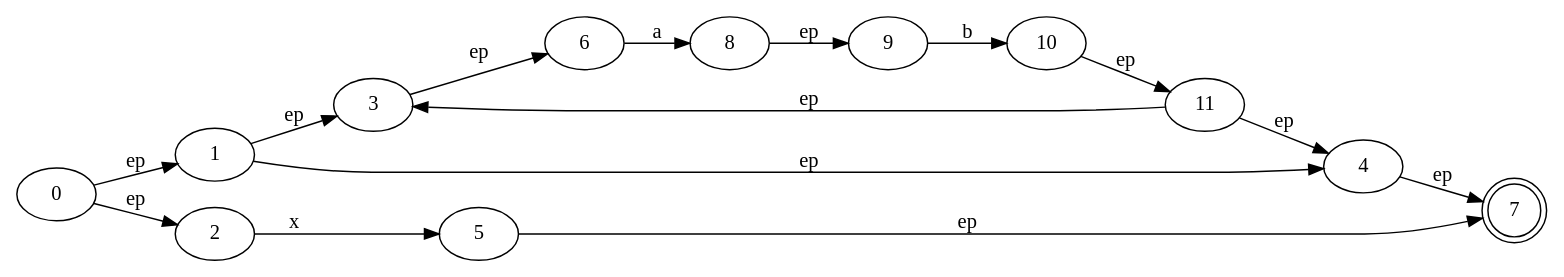
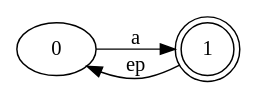
The diagram in nfa.dot (ShengRang/schepy), drawn with Graphviz before and after one commit. The commit also changed 2 other files, not shown here.

```diff
--- a/nfa.dot
+++ b/nfa.dot
@@ -1,29 +1,7 @@
 digraph regex_dfa{
 rankdir=LR;
 	0 [label=0]
-	0-> 1 [label="ep"]
-	0-> 2 [label="ep"]
-	1 [label=1]
-	1-> 3 [label="ep"]
-	1-> 4 [label="ep"]
-	2 [label=2]
-	2-> 5 [label="x"]
-	3 [label=3]
-	3-> 6 [label="ep"]
-	4 [label=4]
-	4-> 7 [label="ep"]
-	5 [label=5]
-	5-> 7 [label="ep"]
-	6 [label=6]
-	6-> 8 [label="a"]
-	 7 [label=7, shape=doublecircle]
-	8 [label=8]
-	8-> 9 [label="ep"]
-	9 [label=9]
-	9-> 10 [label="b"]
-	10 [label=10]
-	10-> 11 [label="ep"]
-	11 [label=11]
-	11-> 3 [label="ep"]
-	11-> 4 [label="ep"]
+	0-> 1 [label="a"]
+	 1 [label=1, shape=doublecircle]
+	1-> 0 [label="ep"]
 }
```
